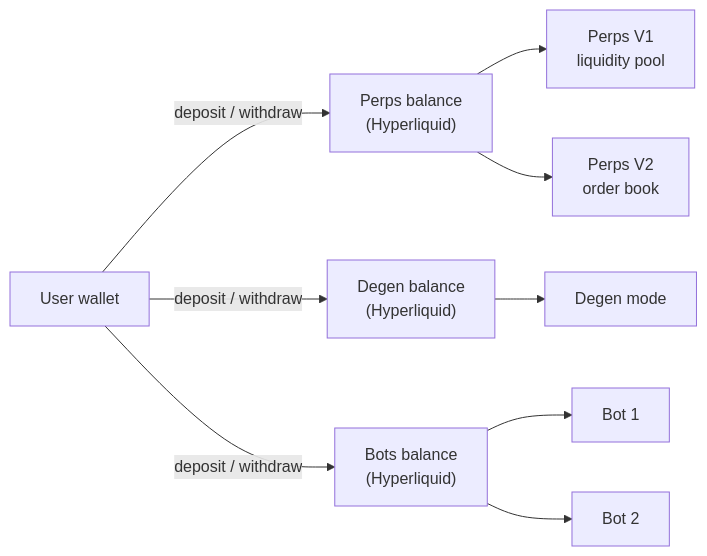
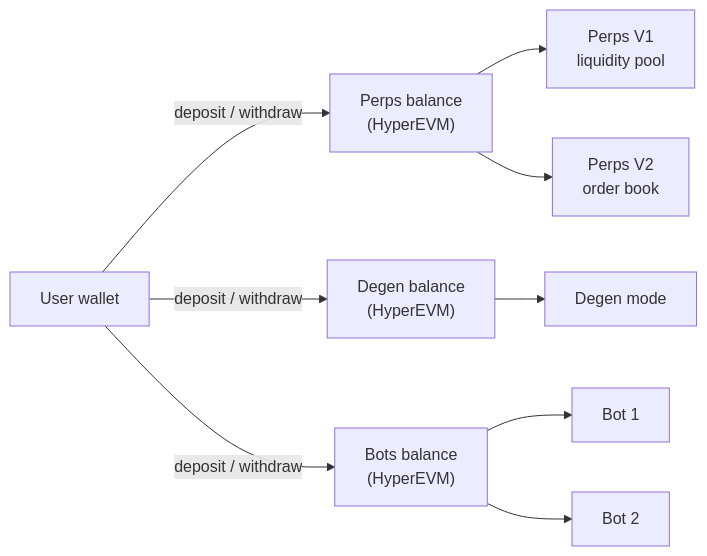
Before and after one commit to dyxy-io/architecture: the second of 3 diagrams in README.md, drawn with Mermaid. The commit also changed other lines of this file, not shown here.

First line of the commit message:
Use HyperEVM instead of Hyperliquid

````diff
--- a/README.md
+++ b/README.md
@@ -82,12 +82,12 @@
 ```mermaid
 flowchart LR
     W["User wallet"]
-    W -- deposit / withdraw --> PB["Perps balance<br/>(Hyperliquid)"]
-    W -- deposit / withdraw --> DB["Degen balance<br/>(Hyperliquid)"]
-    W -- deposit / withdraw --> BB["Bots balance<br/>(Hyperliquid)"]
+    W -- deposit / withdraw --> PB["Perps balance<br/>(HyperEVM)"]
+    W -- deposit / withdraw --> DB["Degen balance<br/>(HyperEVM)"]
+    W -- deposit / withdraw --> BB["Bots balance<br/>(HyperEVM)"]
     PB --> V1["Perps V1<br/>liquidity pool"]
     PB --> V2["Perps V2<br/>order book"]
     DB --> DG["Degen mode"]
     BB --> B1["Bot 1"]
     BB --> B2["Bot 2"]
 ```
````
